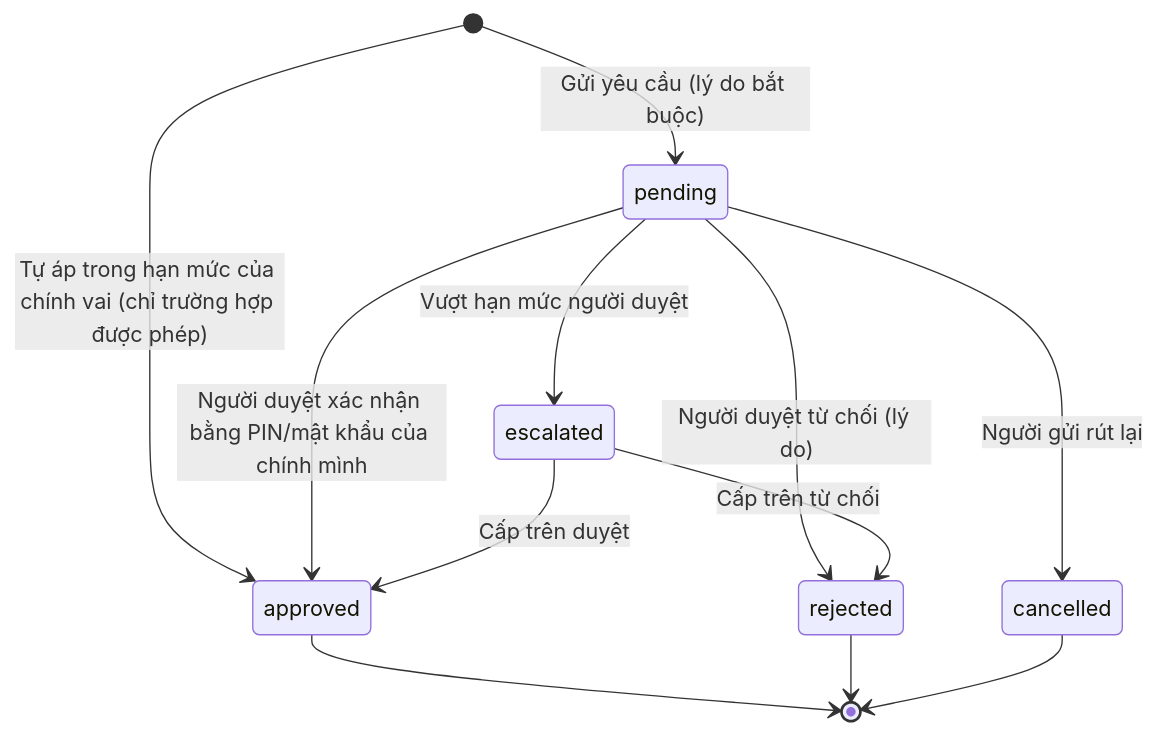
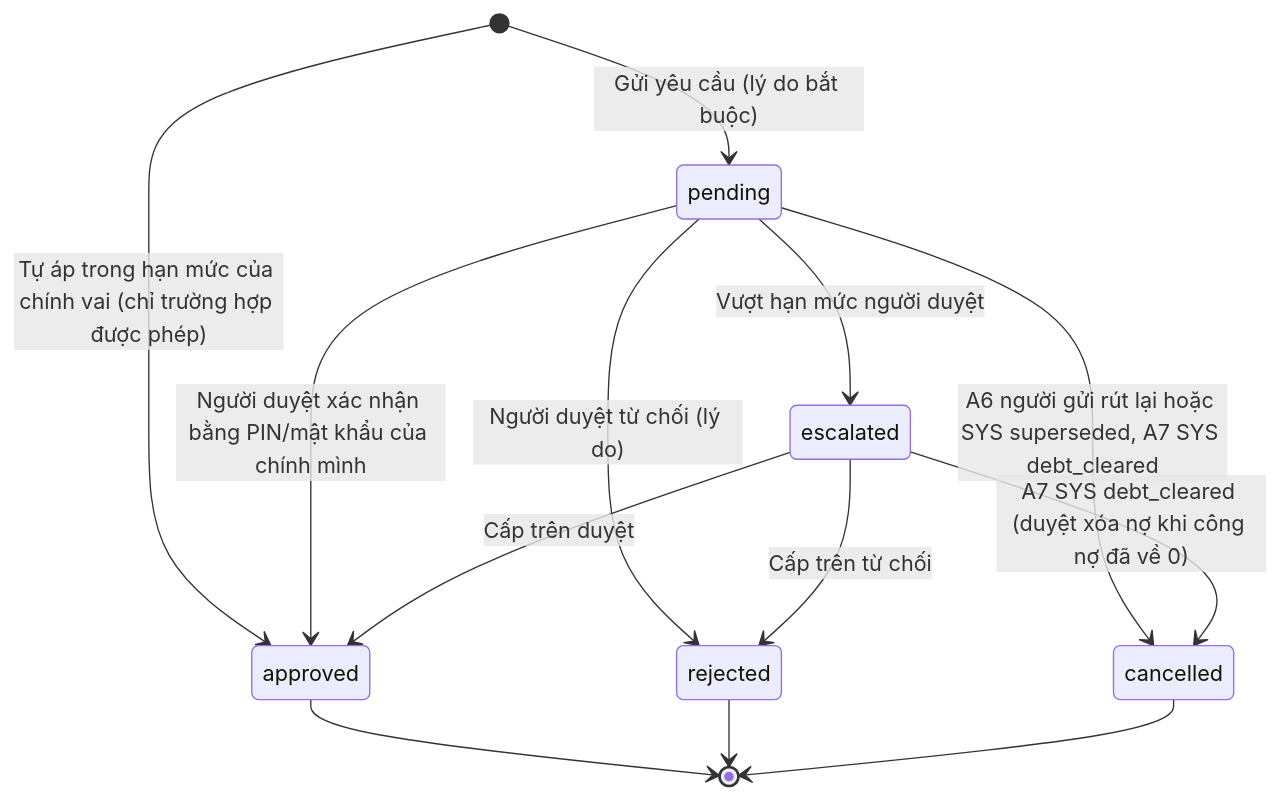
Before and after one commit to anhvh93-tech/ottimo-hotel-app-public: the ninth of 9 diagrams in product/docs/state-machines.md, drawn with Mermaid. The commit also changed other lines of this file and 27 other files, not shown here.

````diff
--- a/product/docs/state-machines.md
+++ b/product/docs/state-machines.md
@@ -407,14 +407,15 @@
 ```mermaid
 stateDiagram-v2
     [*] --> pending: Gửi yêu cầu (lý do bắt buộc)
     [*] --> approved: Tự áp trong hạn mức của chính vai (chỉ trường hợp được phép)
     pending --> approved: Người duyệt xác nhận bằng PIN/mật khẩu của chính mình
     pending --> rejected: Người duyệt từ chối (lý do)
     pending --> escalated: Vượt hạn mức người duyệt
     escalated --> approved: Cấp trên duyệt
     escalated --> rejected: Cấp trên từ chối
-    pending --> cancelled: Người gửi rút lại
+    pending --> cancelled: A6 người gửi rút lại hoặc SYS superseded, A7 SYS debt_cleared
+    escalated --> cancelled: A7 SYS debt_cleared (duyệt xóa nợ khi công nợ đã về 0)
     approved --> [*]
     rejected --> [*]
     cancelled --> [*]
 ```
````
